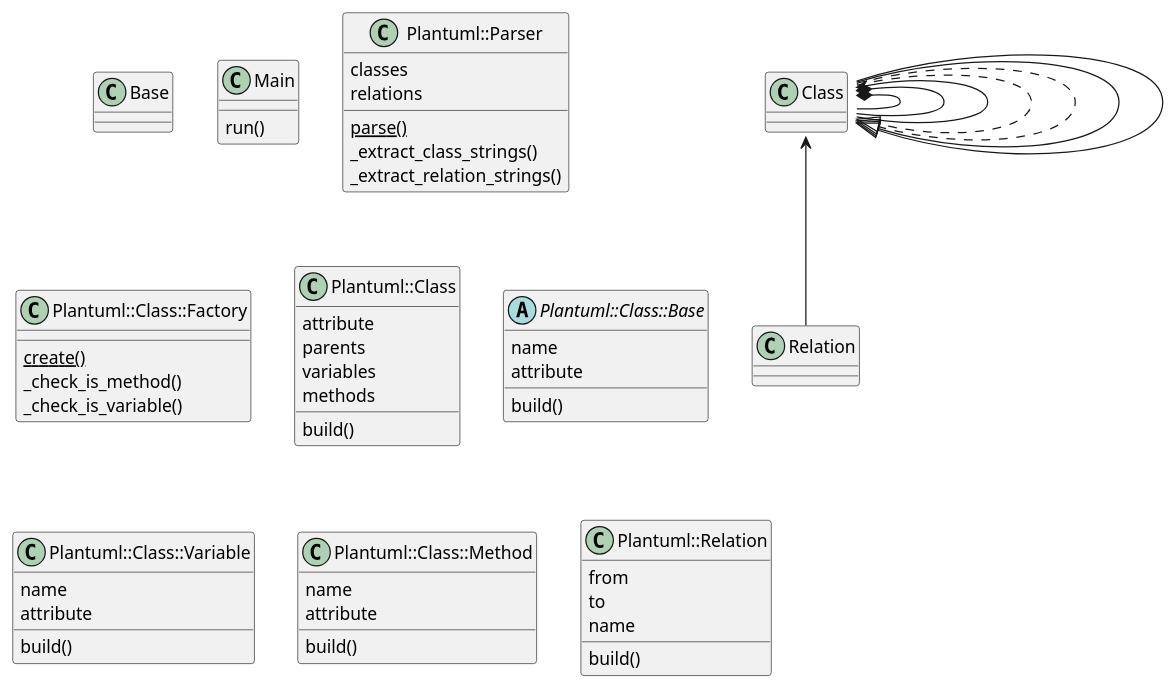
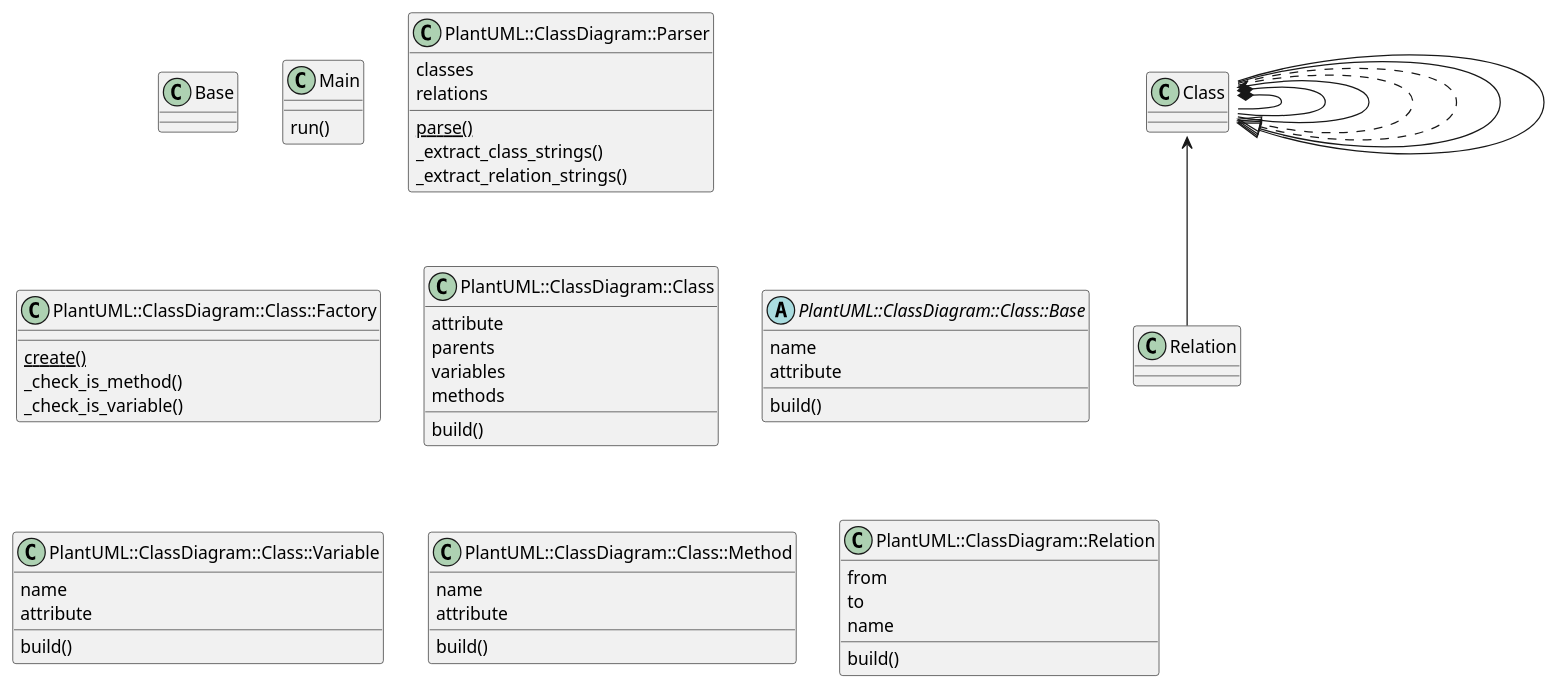
Before and after one commit to Kesin11/plantuml_class_digram_parse: the diagram in t/fixture/all.pu, drawn with PlantUML. The commit also changed 18 other files, not shown here.

```diff
--- a/t/fixture/all.pu
+++ b/t/fixture/all.pu
@@ -1,76 +1,76 @@
 @startuml
 
 class Base {
 }
 
 /'
 class CommentOutClass {
 }
 '/
 
 class Main {
   run()
 }
 
-class Plantuml::Parser {
+class PlantUML::ClassDiagram::Parser {
   classes
   relations
   {static} parse()
   _extract_class_strings()
   _extract_relation_strings()
 }
 
-class Plantuml::Class::Factory {
+class PlantUML::ClassDiagram::Class::Factory {
   {static} create()
   _check_is_method()
   _check_is_variable()
 }
 
-class Plantuml::Class {
+class PlantUML::ClassDiagram::Class {
   attribute
   parents
   variables
   methods
   build()
 }
 
-abstract class Plantuml::Class::Base {
+abstract class PlantUML::ClassDiagram::Class::Base {
   name
   attribute
   build()
 }
 
-class Plantuml::Class::Variable {
+class PlantUML::ClassDiagram::Class::Variable {
   name
   attribute
   build()
 }
 
-class Plantuml::Class::Method {
+class PlantUML::ClassDiagram::Class::Method {
   name
   attribute
   build()
 }
 
-class Plantuml::Relation {
+class PlantUML::ClassDiagram::Relation {
   from
   to
   name
   build()
 }
 
 /'
 class CommentOutClass {
 }
 '/
 
 Class *-- Class::Variable
 Class *-- Class::Method
 Class <-- Relation
 Class::Factory <-- Class
 Class::Factory ..|> Class::Variable
 Class::Factory ..|> Class::Method
 Class::Variable -down-|> Class::Base
 Class::Method   -down-|> Class::Base
 
 @enduml
```
